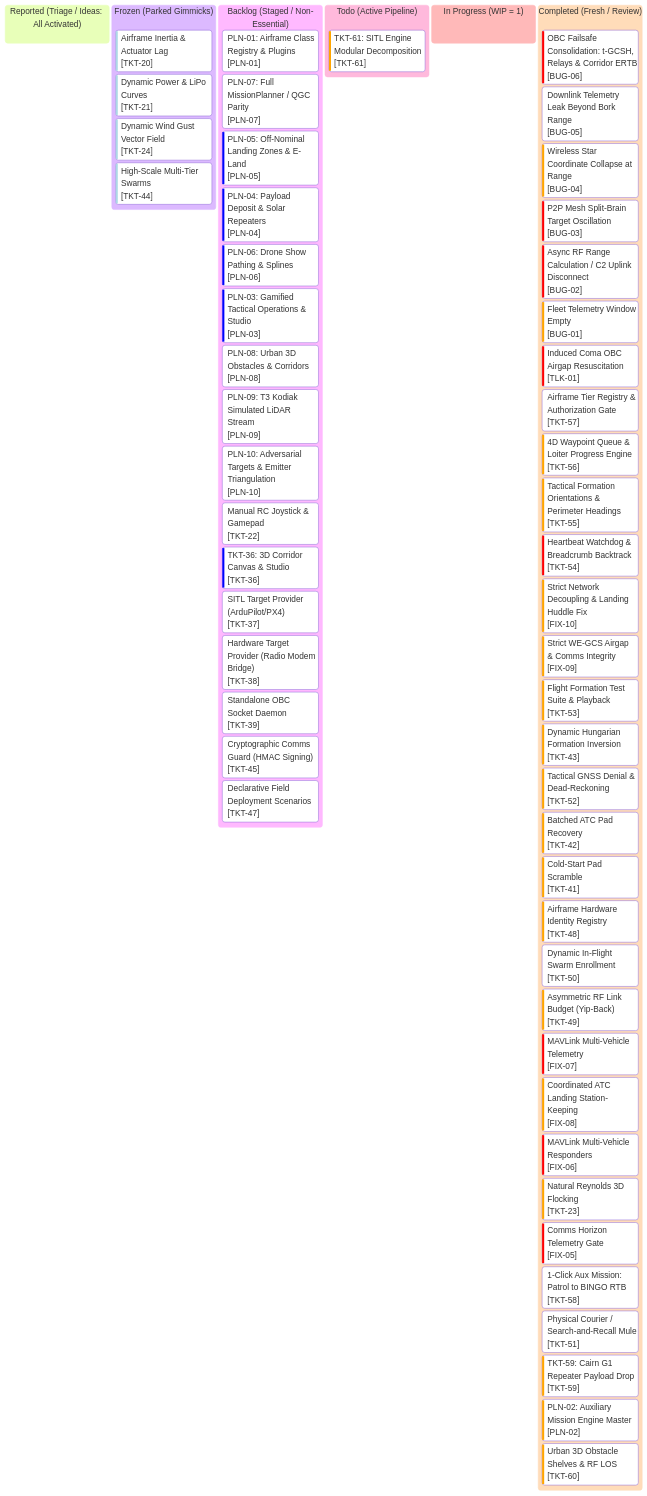
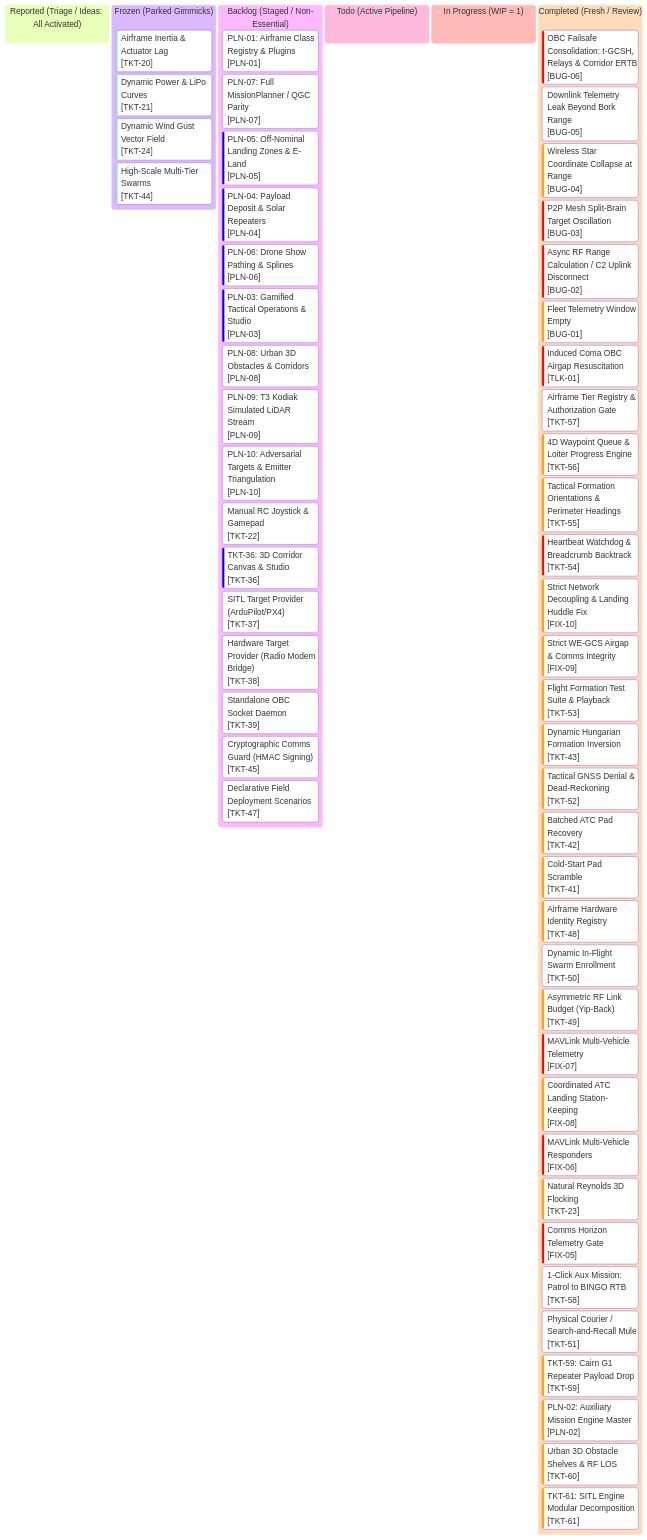
Before and after one commit to AlitheiaDeus/AlitheiaHive: the diagram in roadmap/kanban.md, drawn with Mermaid. The commit also changed other lines of this file and 6 other files, not shown here.

Commit message:
refactor(sim): modularize sitl_engine into rf_channel and atc_recovery (TKT-61)

````diff
--- a/roadmap/kanban.md
+++ b/roadmap/kanban.md
@@ -10,81 +10,81 @@
 ```mermaid
 %%{init: {
   'theme': 'base',
   'themeVariables': {
     'primaryColor': '#0d2235',
     'primaryTextColor': '#d4f4ff',
     'primaryBorderColor': '#00f0ff',
     'lineColor': '#00f0ff',
     'background': '#061019',
     'mainBkg': '#0a1926',
     'secondaryColor': '#081420',
     'secondaryTextColor': '#5a7e96',
     'secondaryBorderColor': '#134e6f',
     'tertiaryColor': '#0e263d',
     'tertiaryTextColor': '#00ffaa',
     'tertiaryBorderColor': '#00ffaa',
     'clusterBkg': '#081420',
     'clusterBorder': '#134e6f',
     'fontFamily': "'JetBrains Mono', 'Courier New', monospace"
   }
 }}%%
 kanban
   reported["Reported (Triage / Ideas: All Activated)"]
   frozen["Frozen (Parked Gimmicks)"]
     tkt20["Airframe Inertia & Actuator Lag"]@{ ticket: '[TKT-20]', priority: 'Very Low' }
     tkt21["Dynamic Power & LiPo Curves"]@{ ticket: '[TKT-21]', priority: 'Very Low' }
     tkt24["Dynamic Wind Gust Vector Field"]@{ ticket: '[TKT-24]', priority: 'Very Low' }
     tkt44["High-Scale Multi-Tier Swarms"]@{ ticket: '[TKT-44]', priority: 'Very Low' }
   backlog["Backlog (Staged / Non-Essential)"]
     pln01["PLN-01: Airframe Class Registry & Plugins"]@{ ticket: '[PLN-01]', priority: 'Medium' }
     pln07["PLN-07: Full MissionPlanner / QGC Parity"]@{ ticket: '[PLN-07]', priority: 'Medium' }
     pln05["PLN-05: Off-Nominal Landing Zones & E-Land"]@{ ticket: '[PLN-05]', priority: 'Low' }
     pln04["PLN-04: Payload Deposit & Solar Repeaters"]@{ ticket: '[PLN-04]', priority: 'Low' }
     pln06["PLN-06: Drone Show Pathing & Splines"]@{ ticket: '[PLN-06]', priority: 'Low' }
     pln03["PLN-03: Gamified Tactical Operations & Studio"]@{ ticket: '[PLN-03]', priority: 'Low' }
     pln08["PLN-08: Urban 3D Obstacles & Corridors"]@{ ticket: '[PLN-08]', priority: 'Medium' }
     pln09["PLN-09: T3 Kodiak Simulated LiDAR Stream"]@{ ticket: '[PLN-09]', priority: 'Medium' }
     pln10["PLN-10: Adversarial Targets & Emitter Triangulation"]@{ ticket: '[PLN-10]', priority: 'Medium' }
     tkt22["Manual RC Joystick & Gamepad"]@{ ticket: '[TKT-22]', priority: 'Medium' }
     tkt36["TKT-36: 3D Corridor Canvas & Studio"]@{ ticket: '[TKT-36]', priority: 'Low' }
     tkt37["SITL Target Provider (ArduPilot/PX4)"]@{ ticket: '[TKT-37]', priority: 'Medium' }
     tkt38["Hardware Target Provider (Radio Modem Bridge)"]@{ ticket: '[TKT-38]', priority: 'Medium' }
     tkt39["Standalone OBC Socket Daemon"]@{ ticket: '[TKT-39]', priority: 'Medium' }
     tkt45["Cryptographic Comms Guard (HMAC Signing)"]@{ ticket: '[TKT-45]', priority: 'Medium' }
     tkt47["Declarative Field Deployment Scenarios"]@{ ticket: '[TKT-47]', priority: 'Medium' }
   todo["Todo (Active Pipeline)"]
-    tkt61["TKT-61: SITL Engine Modular Decomposition"]@{ ticket: '[TKT-61]', priority: 'High' }
   in_progress["In Progress (WIP = 1)"]
   completed["Completed (Fresh / Review)"]
     bug06["OBC Failsafe Consolidation: t-GCSH, Relays & Corridor ERTB"]@{ ticket: '[BUG-06]', priority: 'Very High' }
     bug05["Downlink Telemetry Leak Beyond Bork Range"]@{ ticket: '[BUG-05]', priority: 'Medium' }
     bug04["Wireless Star Coordinate Collapse at Range"]@{ ticket: '[BUG-04]', priority: 'High' }
     bug03["P2P Mesh Split-Brain Target Oscillation"]@{ ticket: '[BUG-03]', priority: 'Very High' }
     bug02["Async RF Range Calculation / C2 Uplink Disconnect"]@{ ticket: '[BUG-02]', priority: 'Very High' }
     bug01["Fleet Telemetry Window Empty"]@{ ticket: '[BUG-01]', priority: 'High' }
     tlk01["Induced Coma OBC Airgap Resuscitation"]@{ ticket: '[TLK-01]', priority: 'Very High' }
     tkt57["Airframe Tier Registry & Authorization Gate"]@{ ticket: '[TKT-57]', priority: 'Medium' }
     tkt56["4D Waypoint Queue & Loiter Progress Engine"]@{ ticket: '[TKT-56]', priority: 'High' }
     tkt55["Tactical Formation Orientations & Perimeter Headings"]@{ ticket: '[TKT-55]', priority: 'High' }
     tkt54["Heartbeat Watchdog & Breadcrumb Backtrack"]@{ ticket: '[TKT-54]', priority: 'Very High' }
     fix10["Strict Network Decoupling & Landing Huddle Fix"]@{ ticket: '[FIX-10]', priority: 'High' }
     fix09["Strict WE-GCS Airgap & Comms Integrity"]@{ ticket: '[FIX-09]', priority: 'High' }
     tkt53["Flight Formation Test Suite & Playback"]@{ ticket: '[TKT-53]', priority: 'High' }
     tkt43["Dynamic Hungarian Formation Inversion"]@{ ticket: '[TKT-43]', priority: 'High' }
     tkt52["Tactical GNSS Denial & Dead-Reckoning"]@{ ticket: '[TKT-52]', priority: 'High' }
     tkt42["Batched ATC Pad Recovery"]@{ ticket: '[TKT-42]', priority: 'High' }
     tkt41["Cold-Start Pad Scramble"]@{ ticket: '[TKT-41]', priority: 'High' }
     tkt48["Airframe Hardware Identity Registry"]@{ ticket: '[TKT-48]', priority: 'High' }
     tkt50["Dynamic In-Flight Swarm Enrollment"]@{ ticket: '[TKT-50]', priority: 'Medium' }
     tkt49["Asymmetric RF Link Budget (Yip-Back)"]@{ ticket: '[TKT-49]', priority: 'High' }
     fix07["MAVLink Multi-Vehicle Telemetry"]@{ ticket: '[FIX-07]', priority: 'Very High' }
     fix08["Coordinated ATC Landing Station-Keeping"]@{ ticket: '[FIX-08]', priority: 'High' }
     fix06["MAVLink Multi-Vehicle Responders"]@{ ticket: '[FIX-06]', priority: 'Very High' }
     tkt23["Natural Reynolds 3D Flocking"]@{ ticket: '[TKT-23]', priority: 'High' }
     fix05["Comms Horizon Telemetry Gate"]@{ ticket: '[FIX-05]', priority: 'Very High' }
     tkt58["1-Click Aux Mission: Patrol to BINGO RTB"]@{ ticket: '[TKT-58]', priority: 'Medium' }
     tkt51["Physical Courier / Search-and-Recall Mule"]@{ ticket: '[TKT-51]', priority: 'Medium' }
     tkt59["TKT-59: Cairn G1 Repeater Payload Drop"]@{ ticket: '[TKT-59]', priority: 'High' }
     pln02["PLN-02: Auxiliary Mission Engine Master"]@{ ticket: '[PLN-02]', priority: 'High' }
     tkt60["Urban 3D Obstacle Shelves & RF LOS"]@{ ticket: '[TKT-60]', priority: 'High' }
+    tkt61["TKT-61: SITL Engine Modular Decomposition"]@{ ticket: '[TKT-61]', priority: 'High' }
 ```
````
